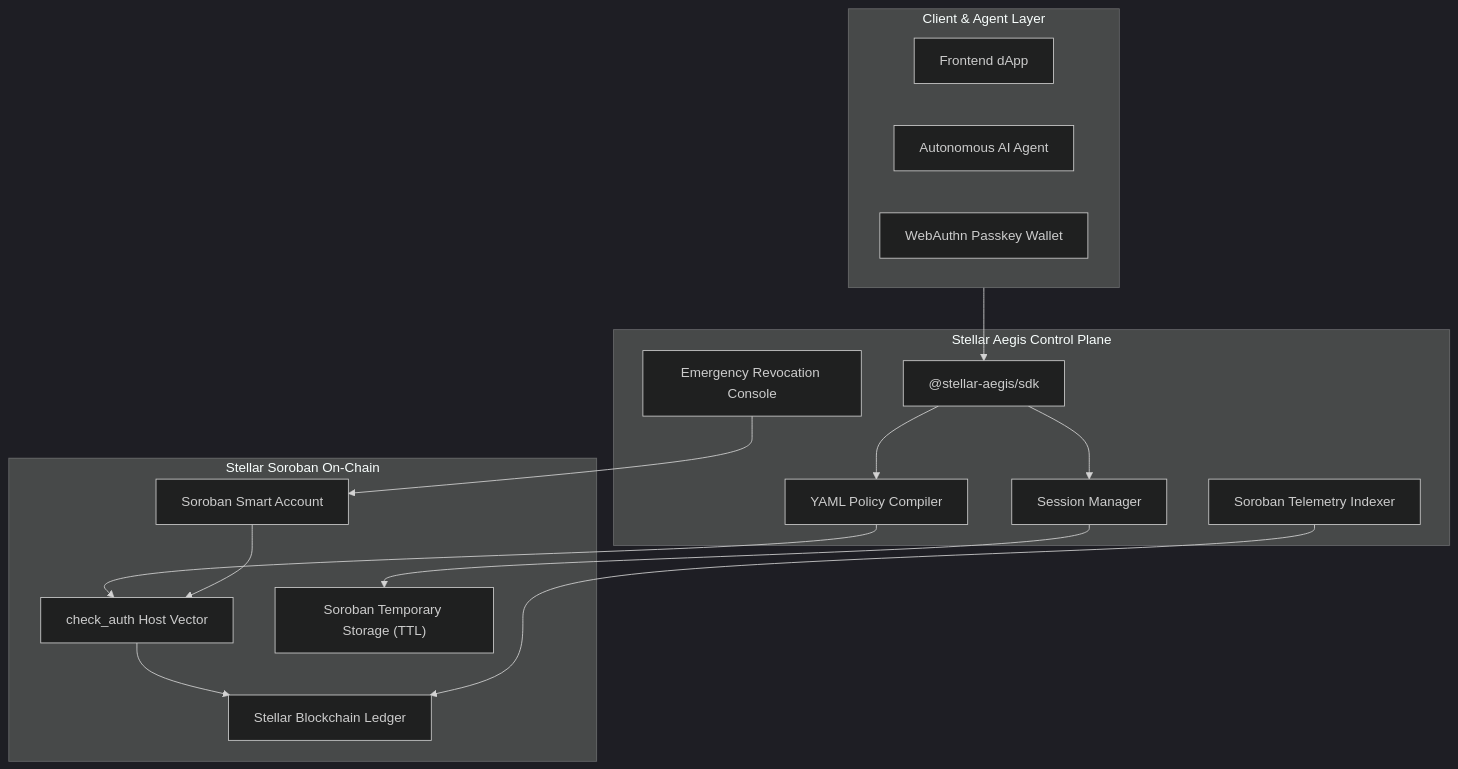
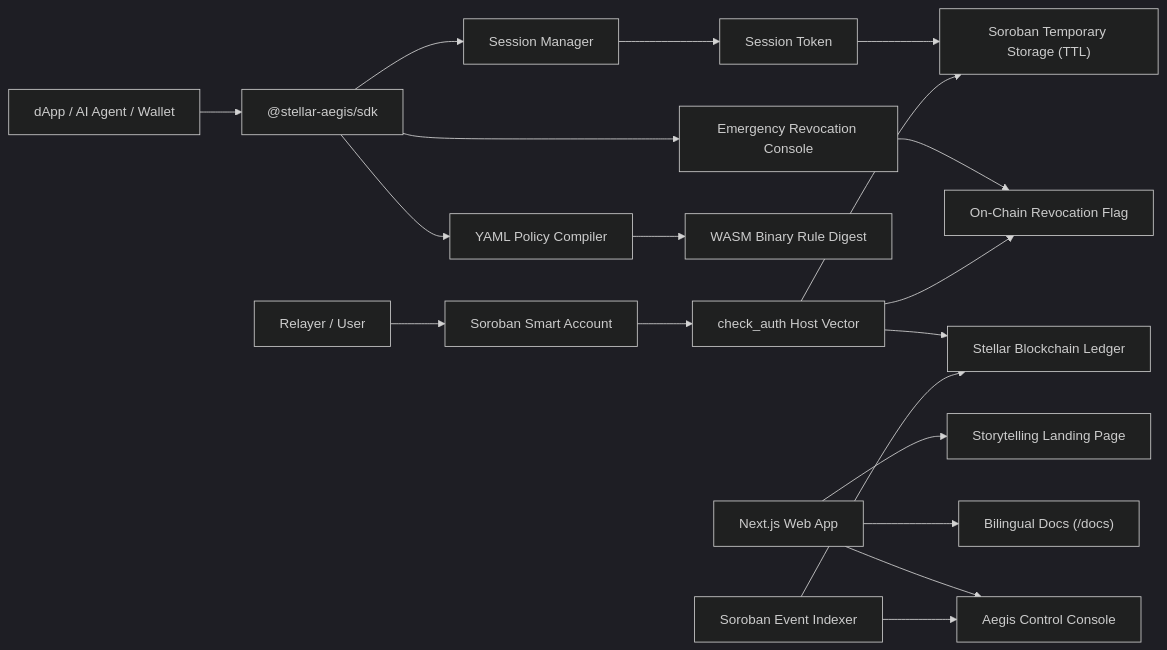
The second of 2 diagrams in README.md (sayyidusy15/stellar-aegis), drawn with Mermaid (dark theme) before and after one commit. The commit also changed other lines of this file, not shown here.

Commit message:
docs: update architecture diagram to flowchart LR format

````diff
--- a/README.md
+++ b/README.md
@@ -75,33 +68,26 @@
 ```mermaid
-flowchart TD
-  subgraph ClientLayer ["Client & Agent Layer"]
-    dApp["Frontend dApp"]
-    Agent["Autonomous AI Agent"]
-    Passkey["WebAuthn Passkey Wallet"]
-  end
+flowchart LR
+  Frontend["Next.js Web App"] --> Landing["Storytelling Landing Page"]
+  Frontend --> Docs["Bilingual Docs (/docs)"]
+  Frontend --> Console["Aegis Control Console"]
 
-  subgraph ControlPlane ["Stellar Aegis Control Plane"]
-    SDK["@stellar-aegis/sdk"]
-    SessionMgr["Session Manager"]
-    PolicyEngine["YAML Policy Compiler"]
-    CircuitBreaker["Emergency Revocation Console"]
-    EventIndexer["Soroban Telemetry Indexer"]
-  end
+  Client["dApp / AI Agent / Wallet"] --> SDK["@stellar-aegis/sdk"]
+  SDK --> SessionMgr["Session Manager"]
+  SDK --> PolicyEngine["YAML Policy Compiler"]
+  SDK --> CircuitBreaker["Emergency Revocation Console"]
 
-  subgraph OnChainLayer ["Stellar Soroban On-Chain"]
-    SmartAccount["Soroban Smart Account"]
-    CheckAuth["check_auth Host Vector"]
-    TempStorage["Soroban Temporary Storage (TTL)"]
-    Ledger["Stellar Blockchain Ledger"]
-  end
+  PolicyEngine --> WASM["WASM Binary Rule Digest"]
+  SessionMgr --> SessionGrant["Session Token"]
 
-  ClientLayer --> SDK
-  SDK --> SessionMgr
-  SDK --> PolicyEngine
-  SessionMgr --> TempStorage
-  PolicyEngine --> CheckAuth
-  CircuitBreaker --> SmartAccount
-  SmartAccount --> CheckAuth
-  CheckAuth --> Ledger
-  EventIndexer --> Ledger
+  SessionGrant --> TempStorage["Soroban Temporary Storage (TTL)"]
+  CircuitBreaker --> RevocationFlag["On-Chain Revocation Flag"]
+
+  Submitter["Relayer / User"] --> Contract["Soroban Smart Account"]
+  Contract --> CheckAuth["check_auth Host Vector"]
+  CheckAuth --> TempStorage
+  CheckAuth --> RevocationFlag
+  CheckAuth --> Ledger["Stellar Blockchain Ledger"]
+
+  EventIndexer["Soroban Event Indexer"] --> Ledger
+  EventIndexer --> Console
 ```
````
